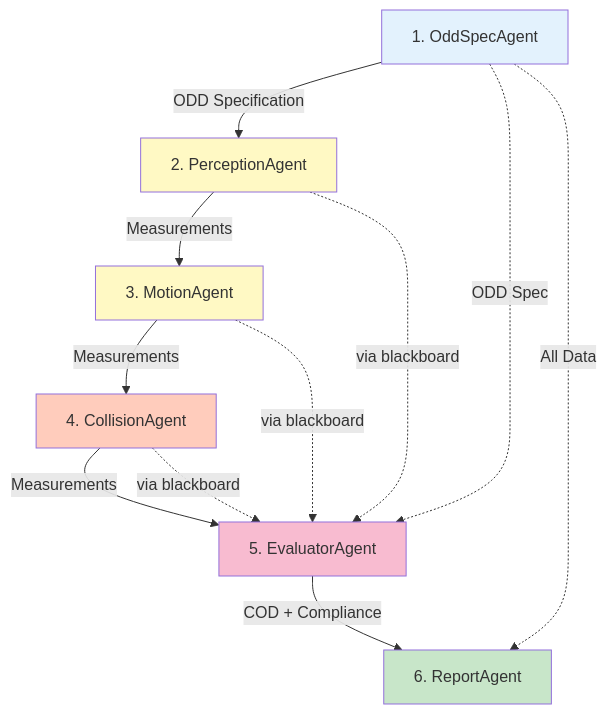
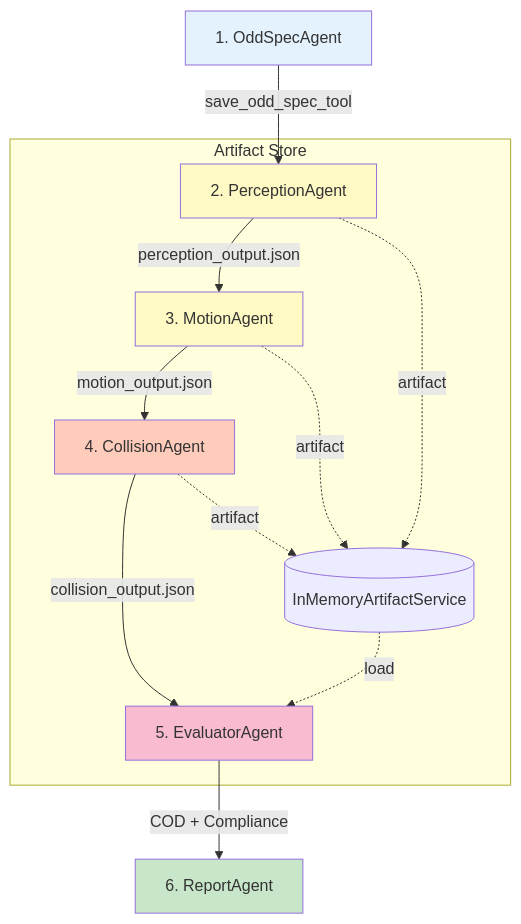
One commit to danmartinez78/go2-odd-observer changed the diagram in docs/agents/README.md. Above: the diagram before and after it, drawn with Mermaid. The commit also changed other lines of this file and 5 other files, not shown here.

````diff
--- a/docs/agents/README.md
+++ b/docs/agents/README.md
@@ -15,20 +16,22 @@
 ```mermaid
 graph TD
-    A[1. OddSpecAgent] -->|ODD Specification| B[2. PerceptionAgent]
-    B -->|Measurements| C[3. MotionAgent]
-    C -->|Measurements| D[4. CollisionAgent]
-    D -->|Measurements| E[5. EvaluatorAgent]
-    A -.->|ODD Spec| E
-    B -.->|via blackboard| E
-    C -.->|via blackboard| E
-    D -.->|via blackboard| E
+    A[1. OddSpecAgent] -->|save_odd_spec_tool| B[2. PerceptionAgent]
+    B -->|perception_output.json| C[3. MotionAgent]
+    C -->|motion_output.json| D[4. CollisionAgent]
+    D -->|collision_output.json| E[5. EvaluatorAgent]
     E -->|COD + Compliance| F[6. ReportAgent]
-    A -.->|All Data| F
+    
+    subgraph "Artifact Store"
+        B -.->|artifact| AS[(InMemoryArtifactService)]
+        C -.->|artifact| AS
+        D -.->|artifact| AS
+        AS -.->|load| E
+    end
     
     style A fill:#e3f2fd
     style B fill:#fff9c4
     style C fill:#fff9c4
     style D fill:#ffccbc
     style E fill:#f8bbd0
     style F fill:#c8e6c9
 ```
````
